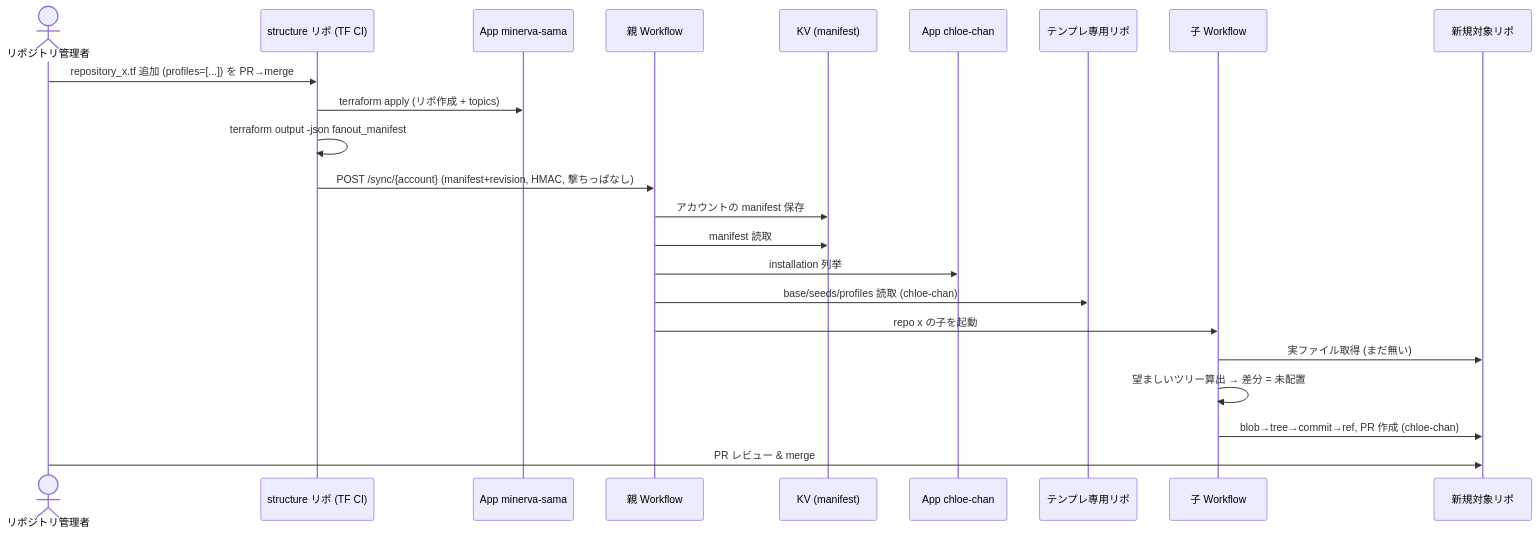
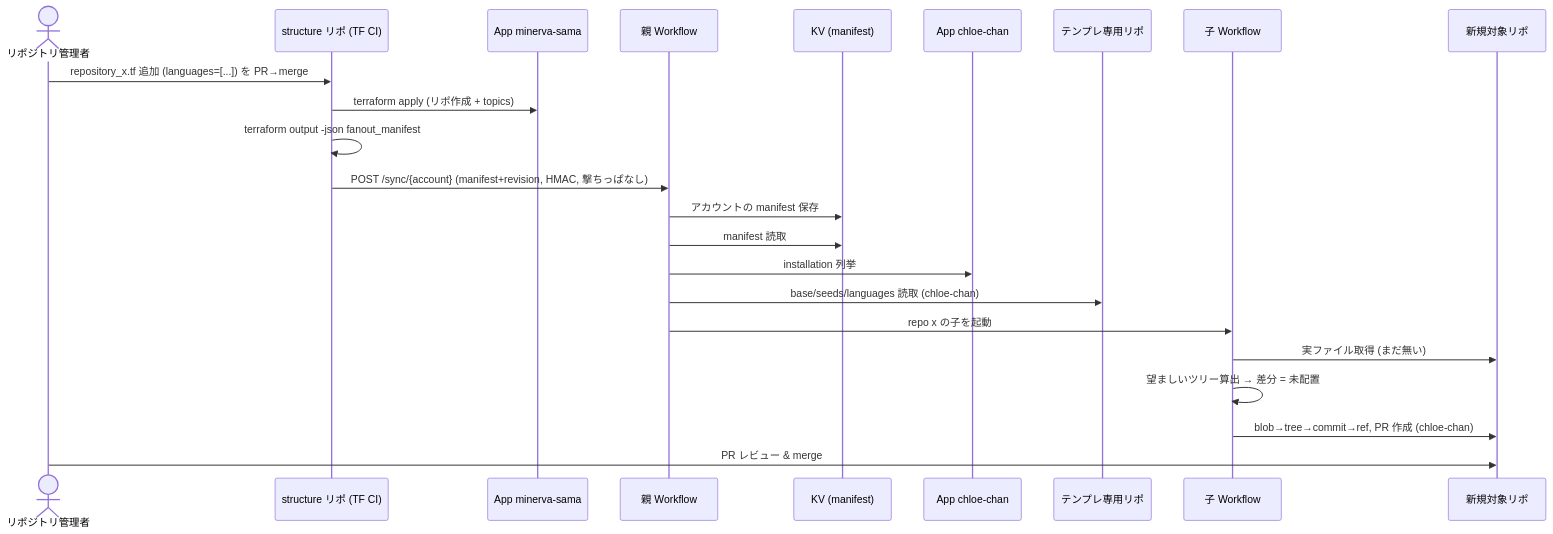
One commit to bright-room/repository-fanout changed the third of 6 diagrams in docs/superpowers/specs/2026-06-26-repository-fanout-design.md. Above: the diagram before and after it, drawn with Mermaid. The commit also changed other lines of this file and 16 other files, not shown here.

First line of the commit message:
docs: switch declaration axis from profiles to languages (single axis)

````diff
--- a/docs/superpowers/specs/2026-06-26-repository-fanout-design.md
+++ b/docs/superpowers/specs/2026-06-26-repository-fanout-design.md
@@ -463,26 +466,26 @@
 ```mermaid
 sequenceDiagram
   actor M as リポジトリ管理者
   participant SR as structure リポ (TF CI)
   participant MIN as App minerva-sama
   participant P as 親 Workflow
   participant KV as KV (manifest)
   participant CHL as App chloe-chan
   participant TR as テンプレ専用リポ
   participant C as 子 Workflow
   participant Repo as 新規対象リポ
 
-  M->>SR: repository_x.tf 追加 (profiles=[...]) を PR→merge
+  M->>SR: repository_x.tf 追加 (languages=[...]) を PR→merge
   SR->>MIN: terraform apply (リポ作成 + topics)
   SR->>SR: terraform output -json fanout_manifest
   SR->>P: POST /sync/{account} (manifest+revision, HMAC, 撃ちっぱなし)
   P->>KV: アカウントの manifest 保存
   P->>KV: manifest 読取
   P->>CHL: installation 列挙
-  P->>TR: base/seeds/profiles 読取 (chloe-chan)
+  P->>TR: base/seeds/languages 読取 (chloe-chan)
   P->>C: repo x の子を起動
   C->>Repo: 実ファイル取得 (まだ無い)
   C->>C: 望ましいツリー算出 → 差分 = 未配置
   C->>Repo: blob→tree→commit→ref, PR 作成 (chloe-chan)
   M->>Repo: PR レビュー & merge
 ```
````
